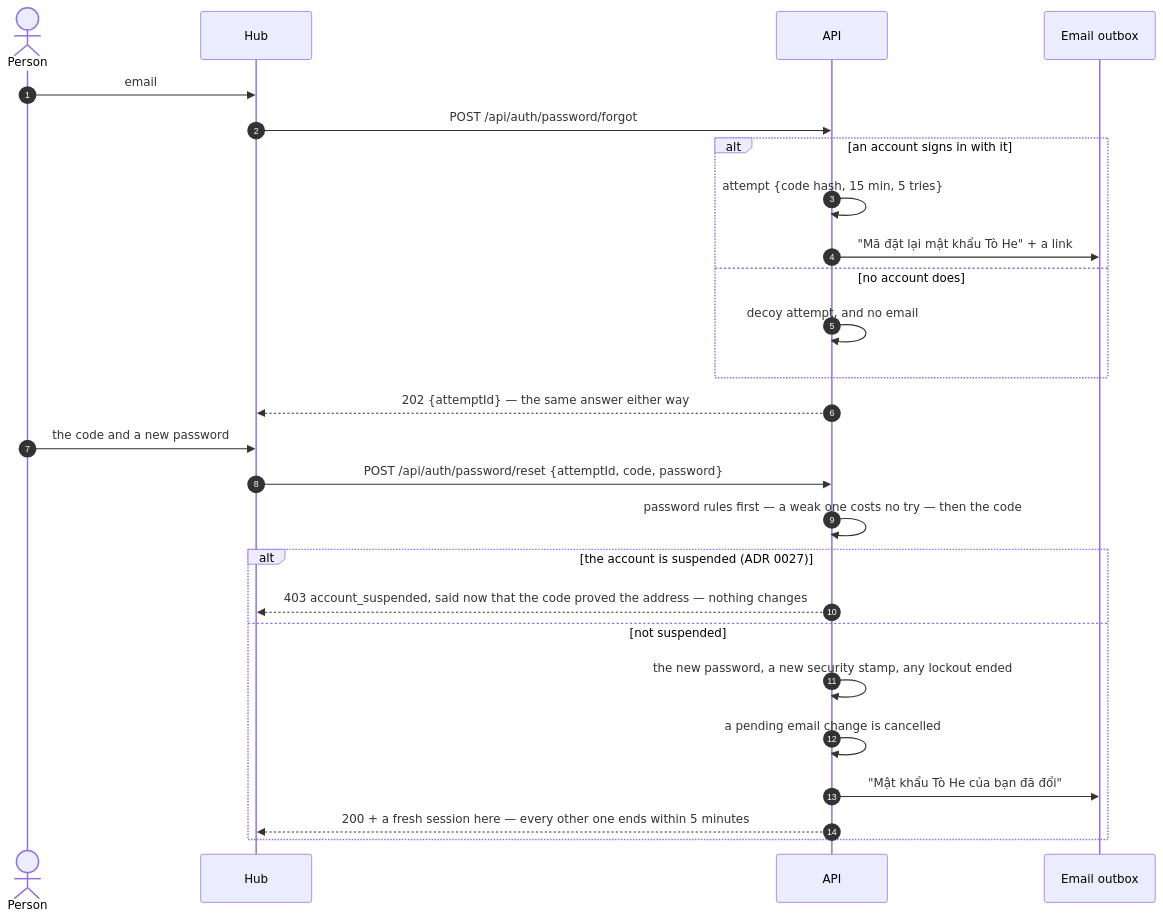
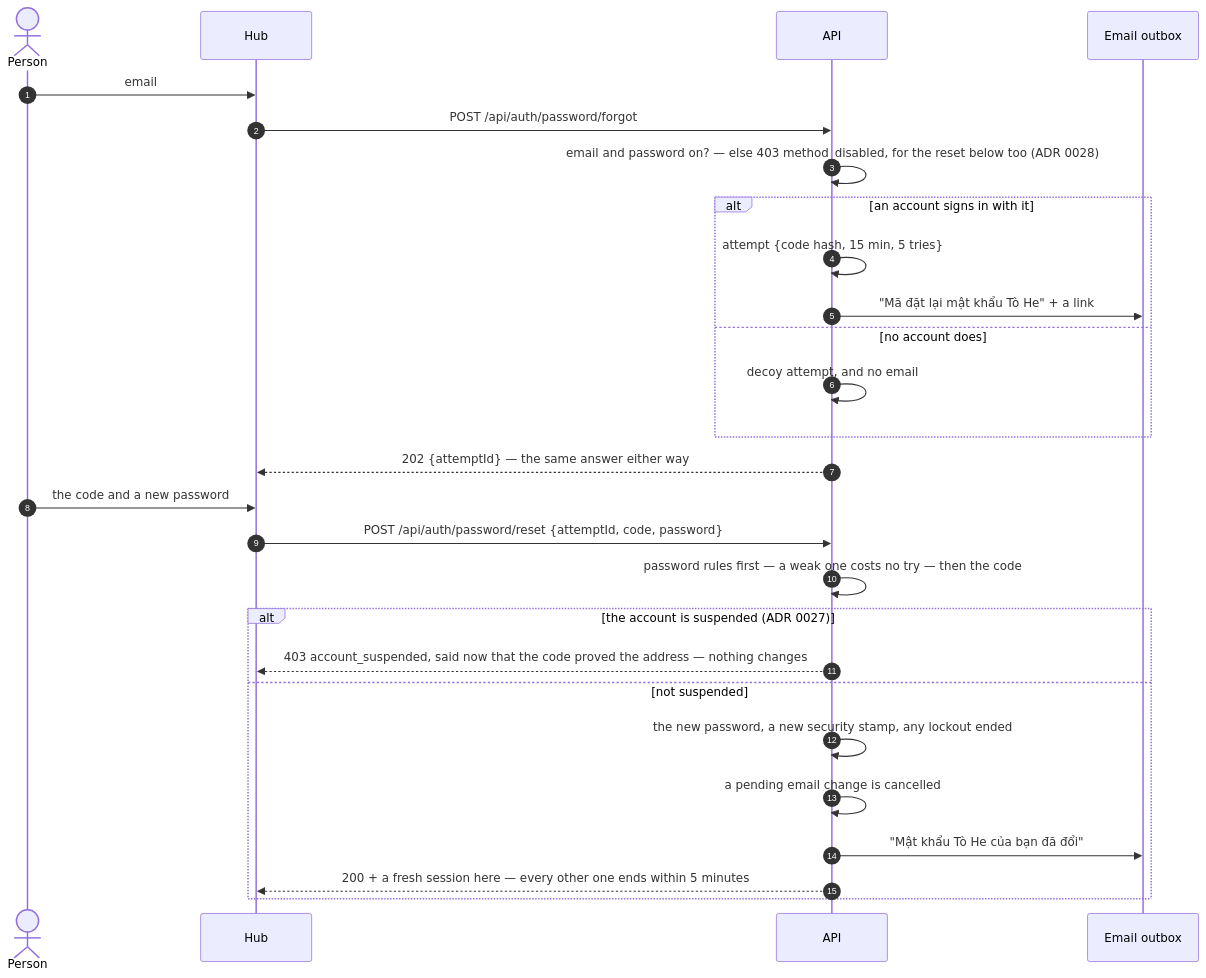
The seventh of 11 diagrams in docs/architecture/identity.md (vinh466/tohe-play), drawn with Mermaid before and after one commit. The commit also changed other lines of this file and 7 other files, not shown here.

````diff
--- a/docs/architecture/identity.md
+++ b/docs/architecture/identity.md
@@ -239,28 +302,29 @@
 ```mermaid
 sequenceDiagram
   autonumber
   actor U as Person
   participant H as Hub
   participant A as API
   participant M as Email outbox
   U->>H: email
   H->>A: POST /api/auth/password/forgot
+  A->>A: email and password on? — else 403 method_disabled, for the reset below too (ADR 0028)
   alt an account signs in with it
     A->>A: attempt {code hash, 15 min, 5 tries}
     A->>M: "Mã đặt lại mật khẩu Tò He" + a link
   else no account does
     A->>A: decoy attempt, and no email
   end
   A-->>H: 202 {attemptId} — the same answer either way
   U->>H: the code and a new password
   H->>A: POST /api/auth/password/reset {attemptId, code, password}
   A->>A: password rules first — a weak one costs no try — then the code
   alt the account is suspended (ADR 0027)
     A-->>H: 403 account_suspended, said now that the code proved the address — nothing changes
   else not suspended
     A->>A: the new password, a new security stamp, any lockout ended
     A->>A: a pending email change is cancelled
     A->>M: "Mật khẩu Tò He của bạn đã đổi"
     A-->>H: 200 + a fresh session here — every other one ends within 5 minutes
   end
 ```
````
